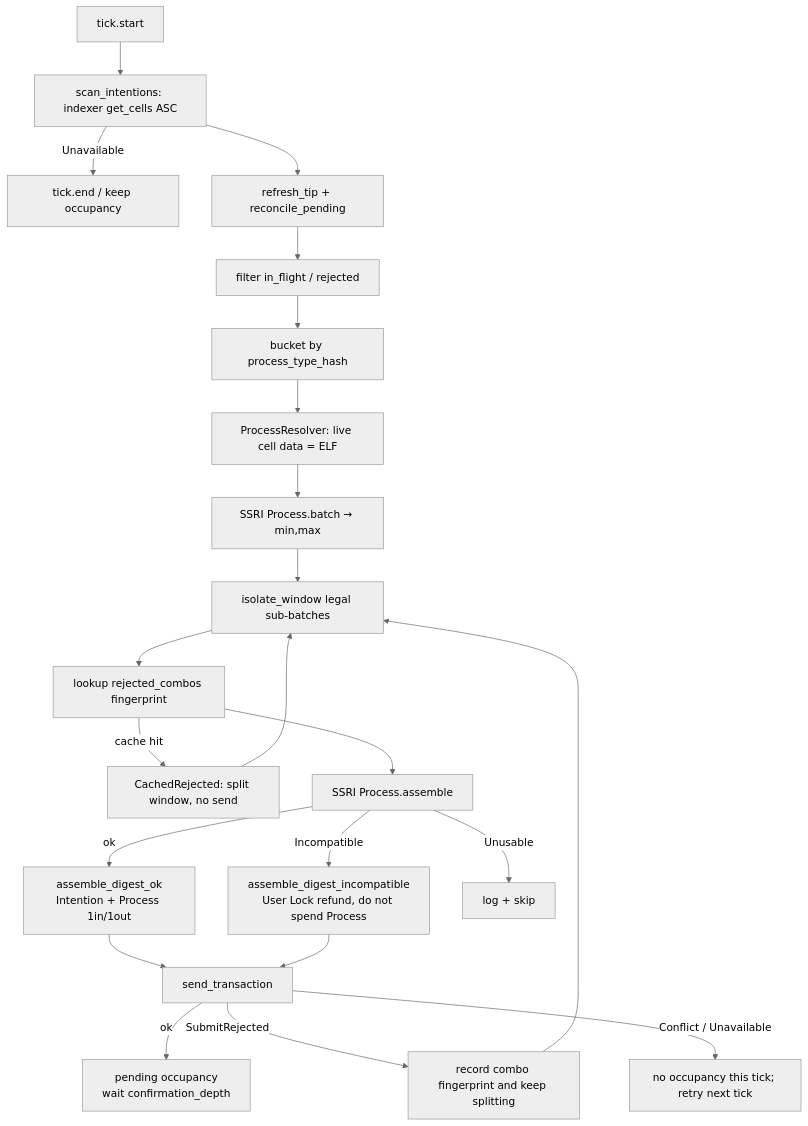
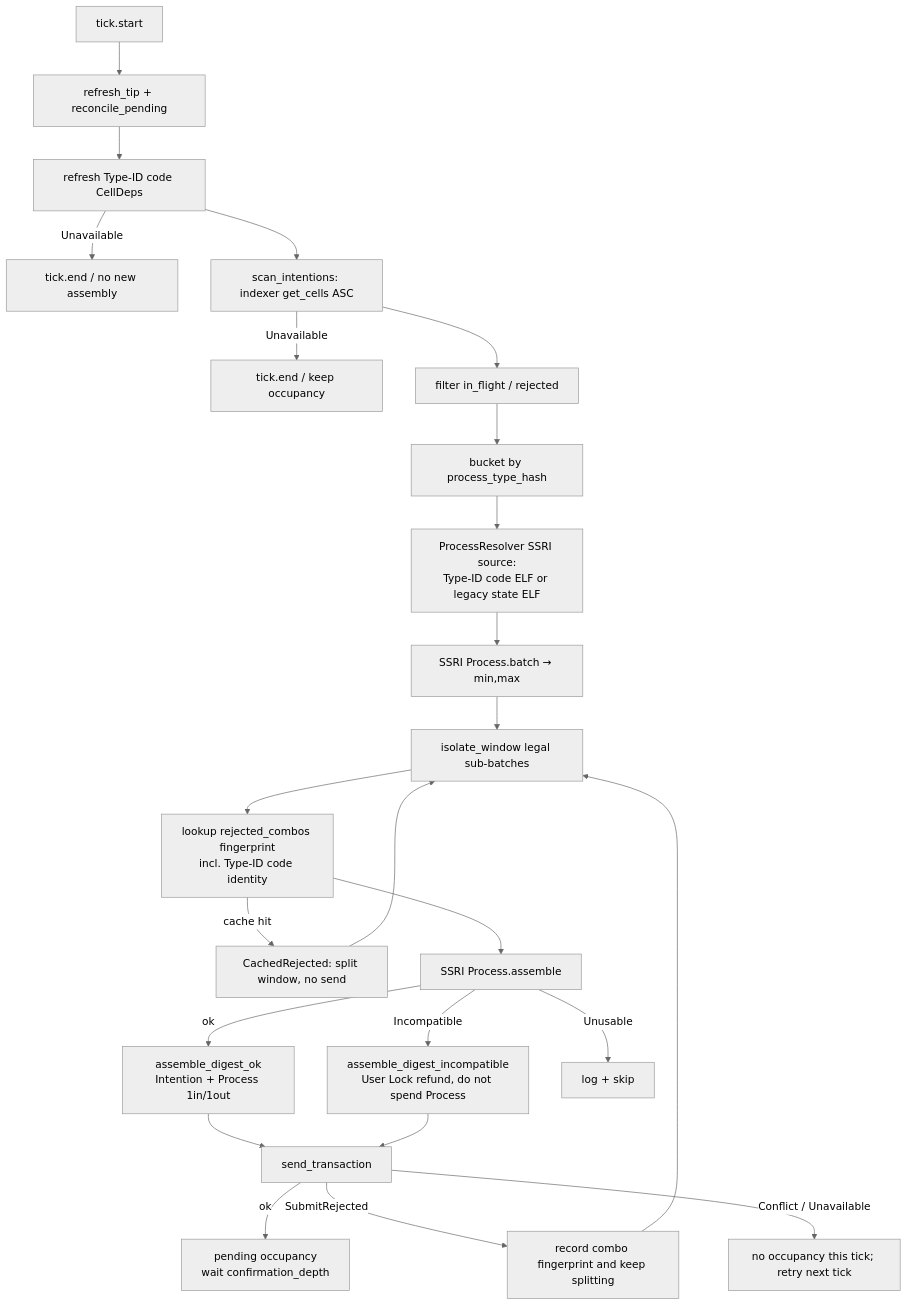
One commit to ashuralyk/ckb-cid-backend-server changed the diagram in README.md. Above: the diagram before and after it, drawn with Mermaid (neutral theme). The commit also changed other lines of this file and 10 other files, not shown here.

First line of the commit message:
fix: scope reject caches to Type-ID code; bind Process state identity

````diff
--- a/README.md
+++ b/README.md
@@ -200,24 +200,26 @@
 ```mermaid
 flowchart TD
-  start["tick.start"] --> scan["scan_intentions: indexer get_cells ASC"]
-  scan -->|Unavailable| endTick["tick.end / keep occupancy"]
-  scan --> tip["refresh_tip + reconcile_pending"]
-  tip --> filter["filter in_flight / rejected"]
+  start["tick.start"] --> tip["refresh_tip + reconcile_pending"]
+  tip --> deps["refresh Type-ID code CellDeps"]
+  deps -->|Unavailable| endEarly["tick.end / no new assembly"]
+  deps --> scan["scan_intentions: indexer get_cells ASC"]
+  scan -->|Unavailable| endScan["tick.end / keep occupancy"]
+  scan --> filter["filter in_flight / rejected"]
   filter --> bucket["bucket by process_type_hash"]
-  bucket --> resolve["ProcessResolver: live cell data = ELF"]
+  bucket --> resolve["ProcessResolver SSRI source:<br/>Type-ID code ELF or legacy state ELF"]
   resolve --> bounds["SSRI Process.batch → min,max"]
   bounds --> isolate["isolate_window legal sub-batches"]
-  isolate --> peek["lookup rejected_combos fingerprint"]
+  isolate --> peek["lookup rejected_combos fingerprint<br/>incl. Type-ID code identity"]
   peek -->|cache hit| split["CachedRejected: split window, no send"]
   peek --> assemble["SSRI Process.assemble"]
   assemble -->|ok| dok["assemble_digest_ok<br/>Intention + Process 1in/1out"]
   assemble -->|Incompatible| dinc["assemble_digest_incompatible<br/>User Lock refund, do not spend Process"]
   assemble -->|Unusable| skip["log + skip"]
   dok --> send["send_transaction"]
   dinc --> send
   send -->|ok| pending["pending occupancy<br/>wait confirmation_depth"]
   send -->|SubmitRejected| combo["record combo fingerprint and keep splitting"]
   send -->|Conflict / Unavailable| retry["no occupancy this tick; retry next tick"]
   split --> isolate
   combo --> isolate
 ```
````
